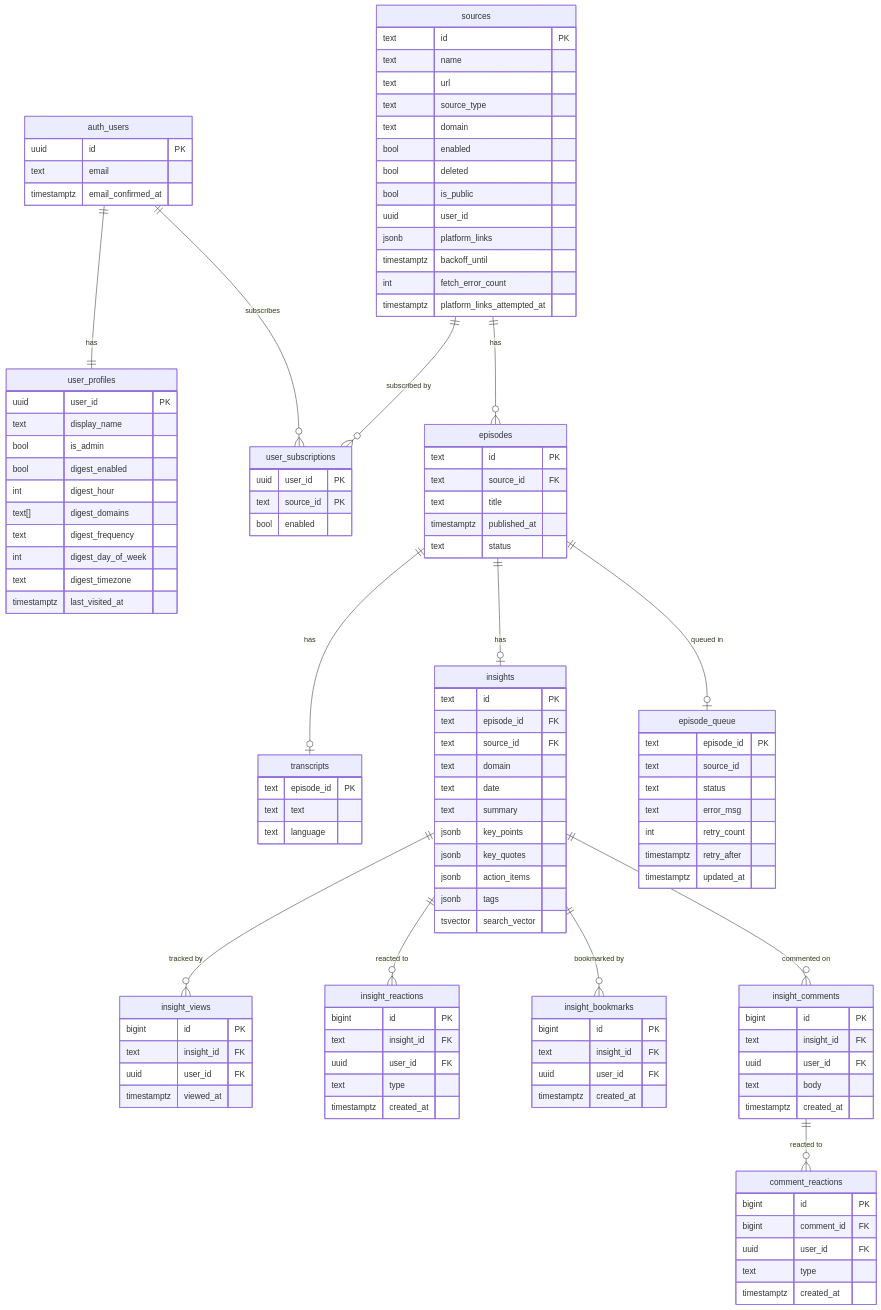
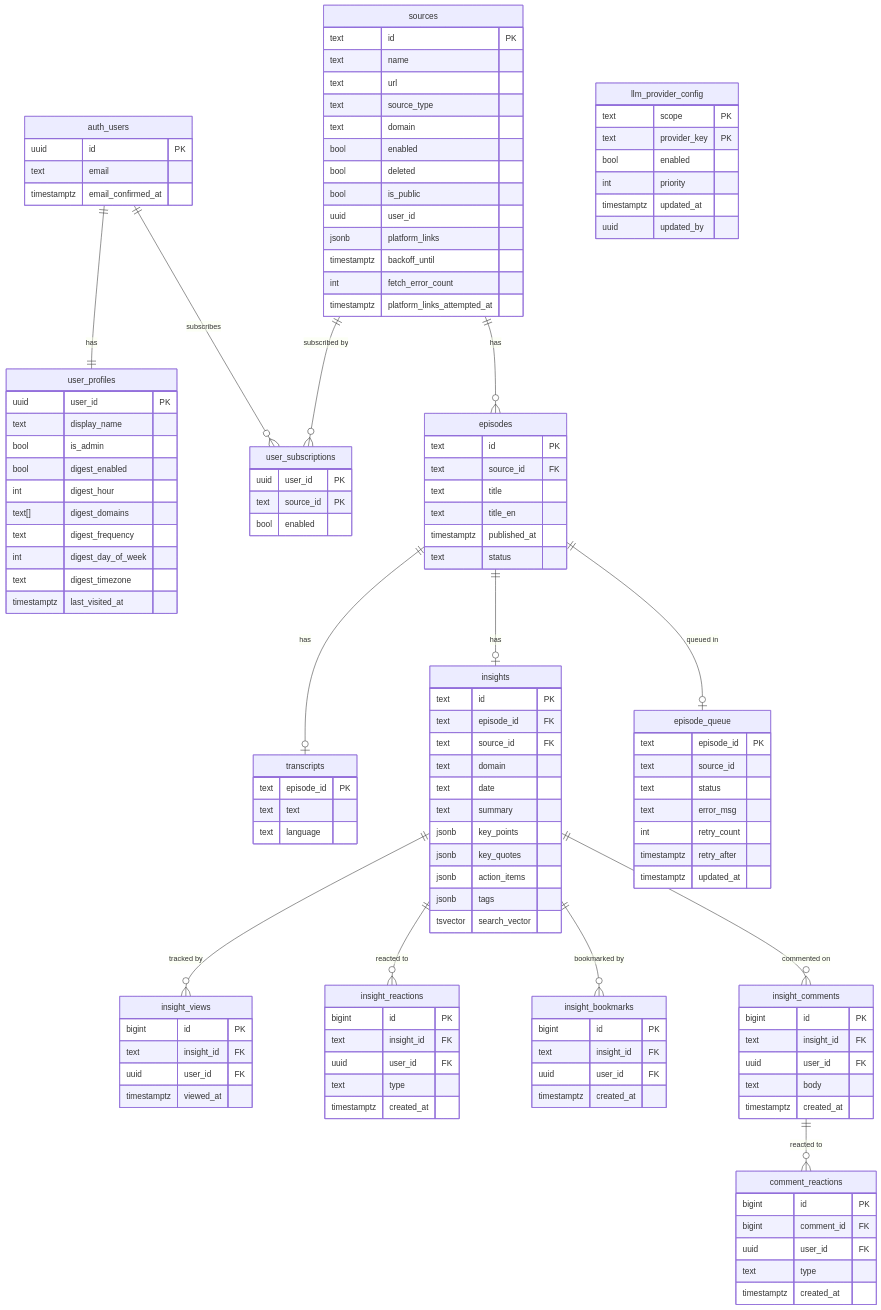
The second of 2 diagrams in docs/architecture.md (vtghub/PodcastsSummarizer), drawn with Mermaid before and after one commit. The commit also changed other lines of this file and 2 other files, not shown here.

First line of the commit message:
docs: update architecture and workflow diagrams post-PR #290 #291

```diff
--- a/docs/architecture.md
+++ b/docs/architecture.md
@@ -221,6 +230,7 @@
         text id PK
         text source_id FK
         text title
+        text title_en
         timestamptz published_at
         text status
     }
@@ -285,6 +295,14 @@
         text type
         timestamptz created_at
     }
+    llm_provider_config {
+        text scope PK
+        text provider_key PK
+        bool enabled
+        int  priority
+        timestamptz updated_at
+        uuid updated_by
+    }
 
     auth_users ||--|| user_profiles : "has"
     auth_users ||--o{ user_subscriptions : "subscribes"
```
